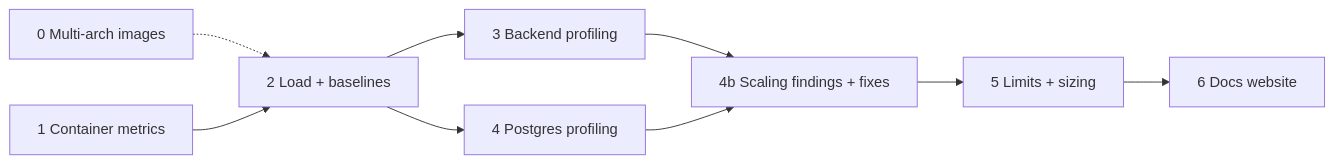
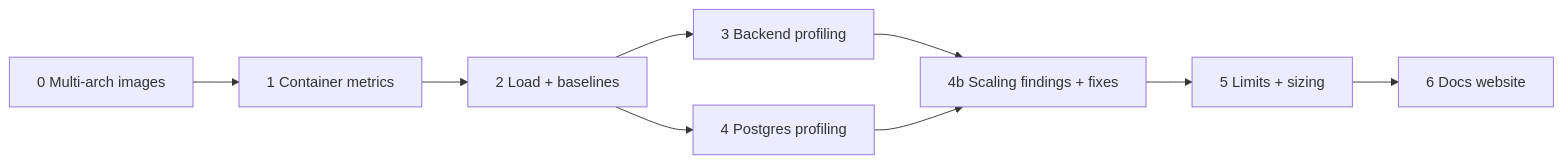
The first of 2 diagrams in docs/plans/resource-profiling-plan.md (ballardr/reqtrackmanager), drawn with Mermaid before and after one commit. The commit also changed other lines of this file and 12 other files, not shown here.

````diff
--- a/docs/plans/resource-profiling-plan.md
+++ b/docs/plans/resource-profiling-plan.md
@@ -20,11 +20,11 @@
 ```mermaid
 flowchart LR
-    P0["0 Multi-arch images"] -.-> P2
+    P0["0 Multi-arch images"] --> P1
     P1["1 Container metrics"] --> P2["2 Load + baselines"]
     P2 --> P3["3 Backend profiling"]
     P2 --> P4["4 Postgres profiling"]
     P3 --> P4b["4b Scaling findings + fixes"]
     P4 --> P4b
     P4b --> P5["5 Limits + sizing"]
     P5 --> P6["6 Docs website"]
 ```
````
